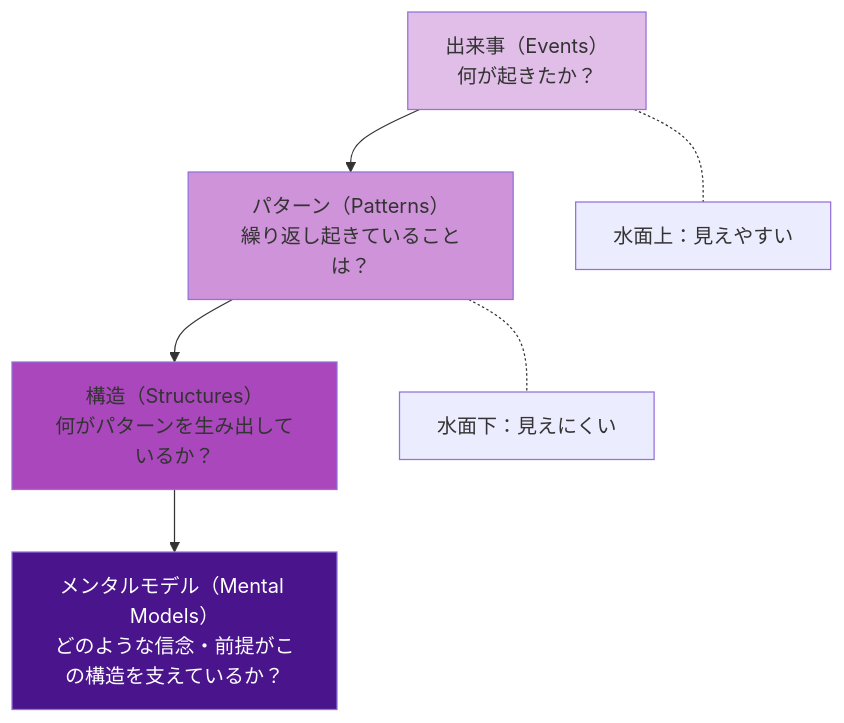
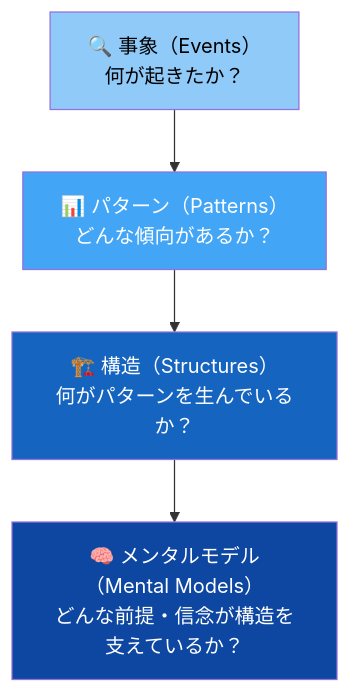
Before and after one commit to Hide-nu/Designer-curriculum: the sixth of 6 diagrams in docs/books/03-social-transformation/ch04-systems-thinking.md, drawn with Mermaid. The commit also changed other lines of this file and 13 other files, not shown here.

````diff
--- a/docs/books/03-social-transformation/ch04-systems-thinking.md
+++ b/docs/books/03-social-transformation/ch04-systems-thinking.md
@@ -220,14 +197,10 @@
 ```mermaid
 graph TD
-    A["出来事（Events）<br>何が起きたか？"] --> B["パターン（Patterns）<br>繰り返し起きていることは？"]
-    B --> C["構造（Structures）<br>何がパターンを生み出しているか？"]
-    C --> D["メンタルモデル（Mental Models）<br>どのような信念・前提がこの構造を支えているか？"]
-
-    A -.- E["水面上：見えやすい"]
-    B -.- F["水面下：見えにくい"]
-
-    style A fill:#e1bee7
-    style B fill:#ce93d8
-    style C fill:#ab47bc
-    style D fill:#4a148c,color:#fff
+    A["🔍 事象（Events）<br>何が起きたか？"] --> B["📊 パターン（Patterns）<br>どんな傾向があるか？"]
+    B --> C["🏗️ 構造（Structures）<br>何がパターンを生んでいるか？"]
+    C --> D["🧠 メンタルモデル（Mental Models）<br>どんな前提・信念が構造を支えているか？"]
+    style A fill:#90caf9,color:#000
+    style B fill:#42a5f5,color:#fff
+    style C fill:#1565c0,color:#fff
+    style D fill:#0d47a1,color:#fff
 ```
````
